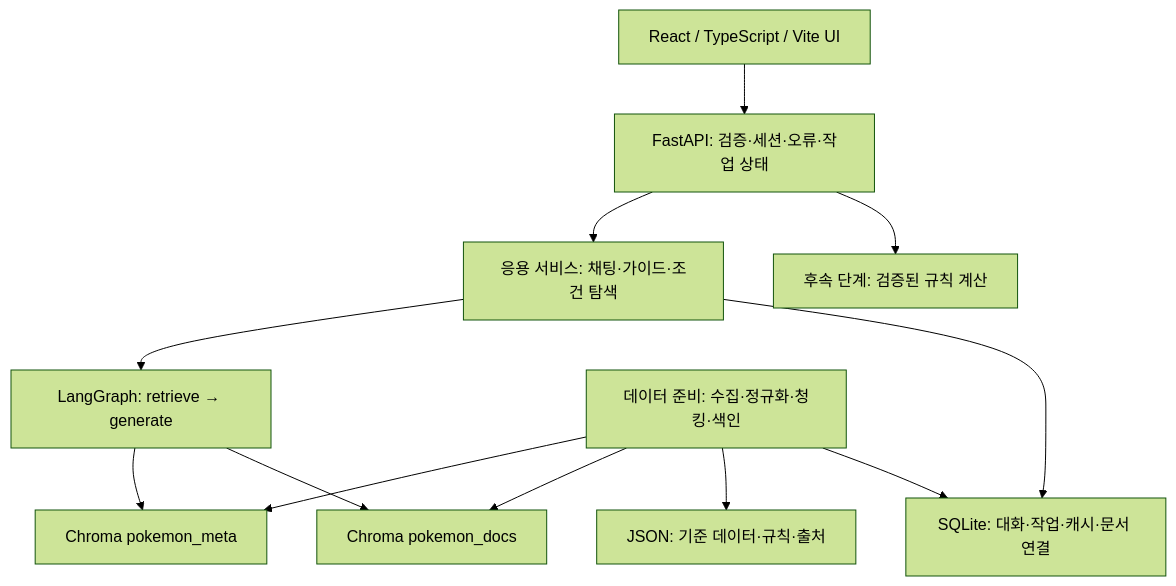
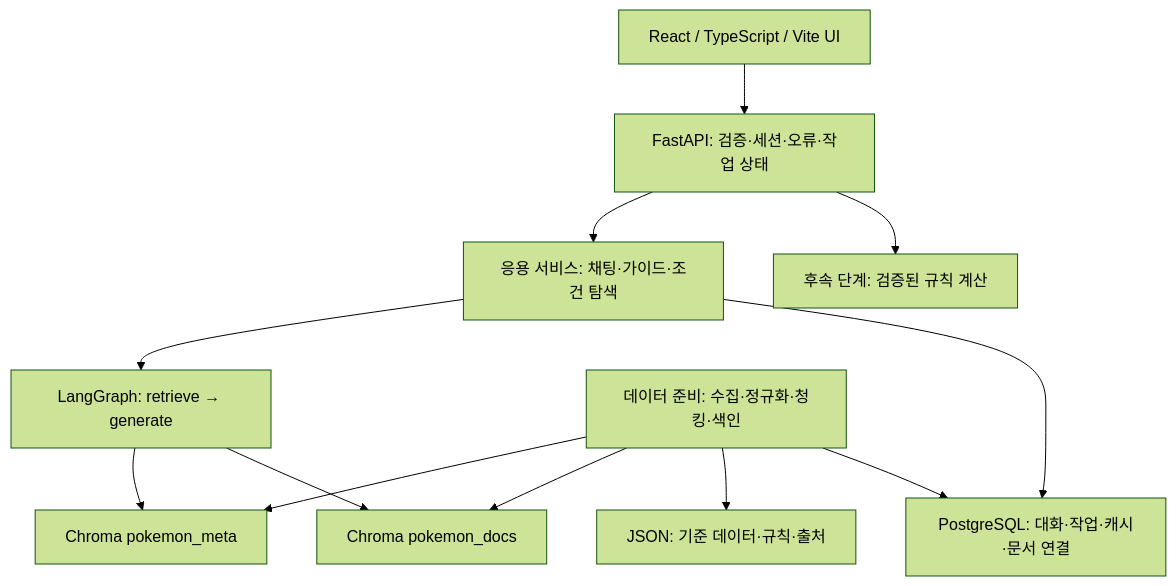
The diagram in docs/ARCHITECTURE.md (unfl1/pokesettle), drawn with Mermaid (forest theme) before and after one commit. The commit also changed other lines of this file and 25 other files, not shown here.

Commit message:
feat: PostgreSQL 상태 저장 전환 및 Chroma RAG 유지

````diff
--- a/docs/ARCHITECTURE.md
+++ b/docs/ARCHITECTURE.md
@@ -15,14 +15,14 @@
 ```mermaid
 flowchart TD
     UI[React / TypeScript / Vite UI] --> API[FastAPI: 검증·세션·오류·작업 상태]
     API --> APP[응용 서비스: 채팅·가이드·조건 탐색]
     APP --> GRAPH[LangGraph: retrieve → generate]
     GRAPH --> META[Chroma pokemon_meta]
     GRAPH --> DOCS[Chroma pokemon_docs]
-    APP --> SQL[SQLite: 대화·작업·캐시·문서 연결]
+    APP --> SQL[PostgreSQL: 대화·작업·캐시·문서 연결]
     PREP[데이터 준비: 수집·정규화·청킹·색인] --> META
     PREP --> DOCS
     PREP --> JSON[JSON: 기준 데이터·규칙·출처]
     PREP --> SQL
     API --> CALC[후속 단계: 검증된 규칙 계산]
 ```
````
